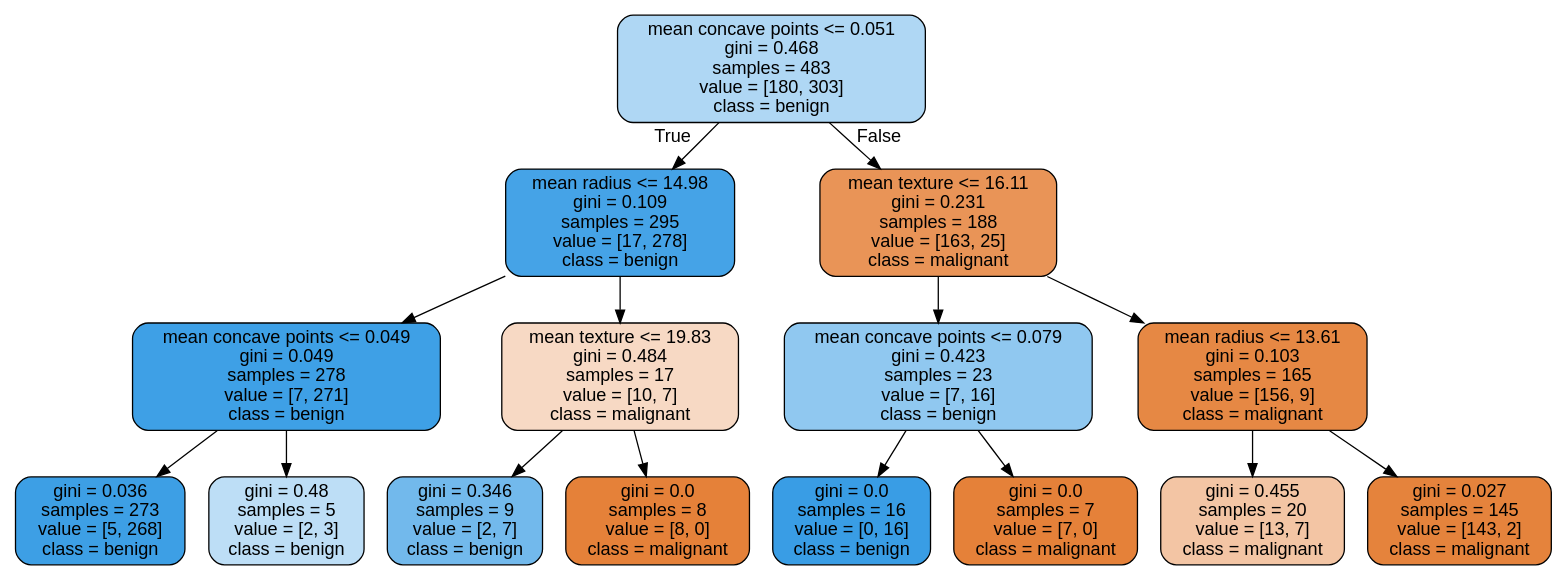
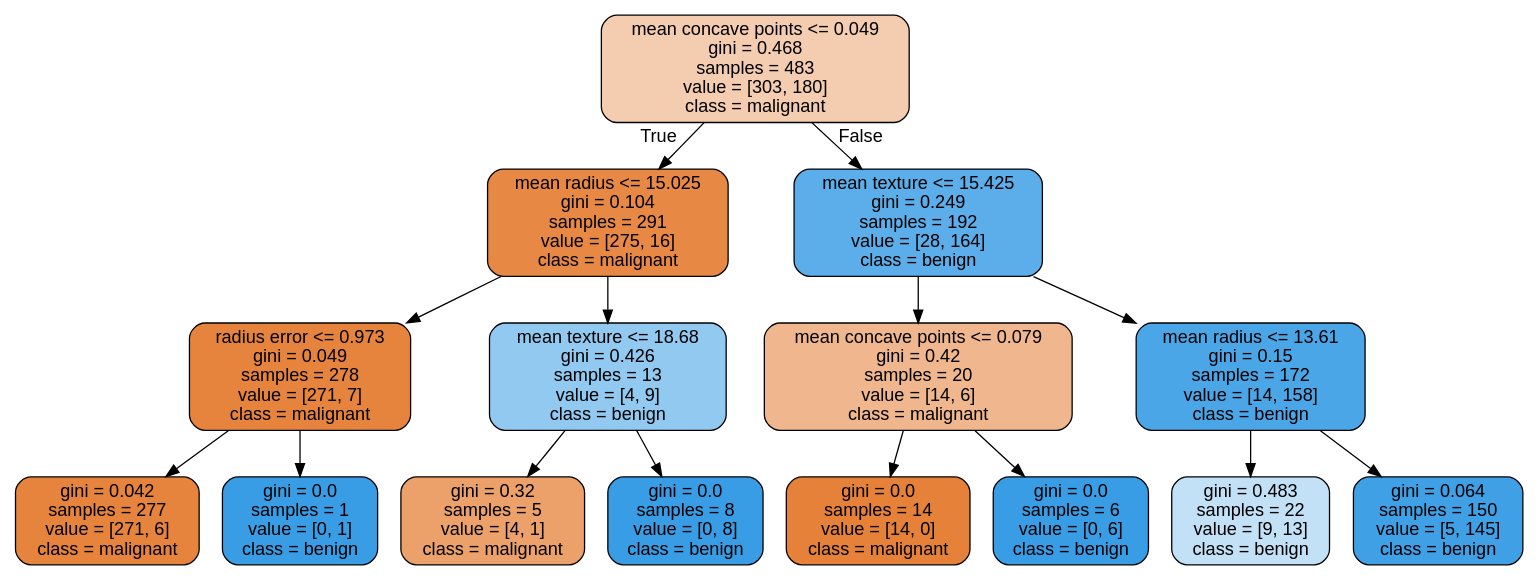
One commit to iheathers/2023---Semester-1-Feb---Jun- changed the diagram in Semester 1 2023/CITS5508 - Machine Learning/Labs/Assignment 2/tree_clf_2.dot. Above: the diagram before and after it, drawn with Graphviz. The commit also changed 22 other files, not shown here.

```diff
--- a/Semester 1 2023/CITS5508 - Machine Learning/Labs/Assignment 2/tree_clf_2.dot
+++ b/Semester 1 2023/CITS5508 - Machine Learning/Labs/Assignment 2/tree_clf_2.dot
@@ -1,33 +1,33 @@
 digraph Tree {
 node [shape=box, style="filled, rounded", color="black", fontname="helvetica"] ;
 edge [fontname="helvetica"] ;
-0 [label="mean concave points <= 0.051\ngini = 0.468\nsamples = 483\nvalue = [180, 303]\nclass = benign", fillcolor="#afd7f4"] ;
-1 [label="mean radius <= 14.98\ngini = 0.109\nsamples = 295\nvalue = [17, 278]\nclass = benign", fillcolor="#45a3e7"] ;
+0 [label="mean concave points <= 0.049\ngini = 0.468\nsamples = 483\nvalue = [303, 180]\nclass = malignant", fillcolor="#f4ccaf"] ;
+1 [label="mean radius <= 15.025\ngini = 0.104\nsamples = 291\nvalue = [275, 16]\nclass = malignant", fillcolor="#e78845"] ;
 0 -> 1 [labeldistance=2.5, labelangle=45, headlabel="True"] ;
-2 [label="mean concave points <= 0.049\ngini = 0.049\nsamples = 278\nvalue = [7, 271]\nclass = benign", fillcolor="#3ea0e6"] ;
+2 [label="radius error <= 0.973\ngini = 0.049\nsamples = 278\nvalue = [271, 7]\nclass = malignant", fillcolor="#e6843e"] ;
 1 -> 2 ;
-3 [label="gini = 0.036\nsamples = 273\nvalue = [5, 268]\nclass = benign", fillcolor="#3d9fe5"] ;
+3 [label="gini = 0.042\nsamples = 277\nvalue = [271, 6]\nclass = malignant", fillcolor="#e6843d"] ;
 2 -> 3 ;
-4 [label="gini = 0.48\nsamples = 5\nvalue = [2, 3]\nclass = benign", fillcolor="#bddef6"] ;
+4 [label="gini = 0.0\nsamples = 1\nvalue = [0, 1]\nclass = benign", fillcolor="#399de5"] ;
 2 -> 4 ;
-5 [label="mean texture <= 19.83\ngini = 0.484\nsamples = 17\nvalue = [10, 7]\nclass = malignant", fillcolor="#f7d9c4"] ;
+5 [label="mean texture <= 18.68\ngini = 0.426\nsamples = 13\nvalue = [4, 9]\nclass = benign", fillcolor="#91c9f1"] ;
 1 -> 5 ;
-6 [label="gini = 0.346\nsamples = 9\nvalue = [2, 7]\nclass = benign", fillcolor="#72b9ec"] ;
+6 [label="gini = 0.32\nsamples = 5\nvalue = [4, 1]\nclass = malignant", fillcolor="#eca06a"] ;
 5 -> 6 ;
-7 [label="gini = 0.0\nsamples = 8\nvalue = [8, 0]\nclass = malignant", fillcolor="#e58139"] ;
+7 [label="gini = 0.0\nsamples = 8\nvalue = [0, 8]\nclass = benign", fillcolor="#399de5"] ;
 5 -> 7 ;
-8 [label="mean texture <= 16.11\ngini = 0.231\nsamples = 188\nvalue = [163, 25]\nclass = malignant", fillcolor="#e99457"] ;
+8 [label="mean texture <= 15.425\ngini = 0.249\nsamples = 192\nvalue = [28, 164]\nclass = benign", fillcolor="#5baee9"] ;
 0 -> 8 [labeldistance=2.5, labelangle=-45, headlabel="False"] ;
-9 [label="mean concave points <= 0.079\ngini = 0.423\nsamples = 23\nvalue = [7, 16]\nclass = benign", fillcolor="#90c8f0"] ;
+9 [label="mean concave points <= 0.079\ngini = 0.42\nsamples = 20\nvalue = [14, 6]\nclass = malignant", fillcolor="#f0b78e"] ;
 8 -> 9 ;
-10 [label="gini = 0.0\nsamples = 16\nvalue = [0, 16]\nclass = benign", fillcolor="#399de5"] ;
+10 [label="gini = 0.0\nsamples = 14\nvalue = [14, 0]\nclass = malignant", fillcolor="#e58139"] ;
 9 -> 10 ;
-11 [label="gini = 0.0\nsamples = 7\nvalue = [7, 0]\nclass = malignant", fillcolor="#e58139"] ;
+11 [label="gini = 0.0\nsamples = 6\nvalue = [0, 6]\nclass = benign", fillcolor="#399de5"] ;
 9 -> 11 ;
-12 [label="mean radius <= 13.61\ngini = 0.103\nsamples = 165\nvalue = [156, 9]\nclass = malignant", fillcolor="#e68844"] ;
+12 [label="mean radius <= 13.61\ngini = 0.15\nsamples = 172\nvalue = [14, 158]\nclass = benign", fillcolor="#4ba6e7"] ;
 8 -> 12 ;
-13 [label="gini = 0.455\nsamples = 20\nvalue = [13, 7]\nclass = malignant", fillcolor="#f3c5a4"] ;
+13 [label="gini = 0.483\nsamples = 22\nvalue = [9, 13]\nclass = benign", fillcolor="#c2e1f7"] ;
 12 -> 13 ;
-14 [label="gini = 0.027\nsamples = 145\nvalue = [143, 2]\nclass = malignant", fillcolor="#e5833c"] ;
+14 [label="gini = 0.064\nsamples = 150\nvalue = [5, 145]\nclass = benign", fillcolor="#40a0e6"] ;
 12 -> 14 ;
 }
```
